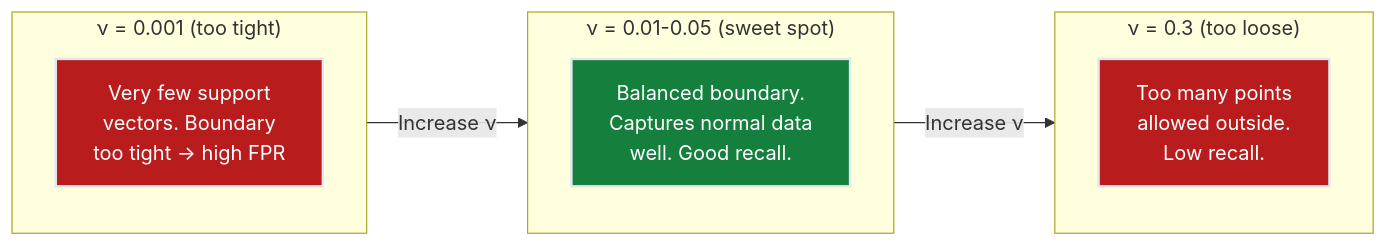
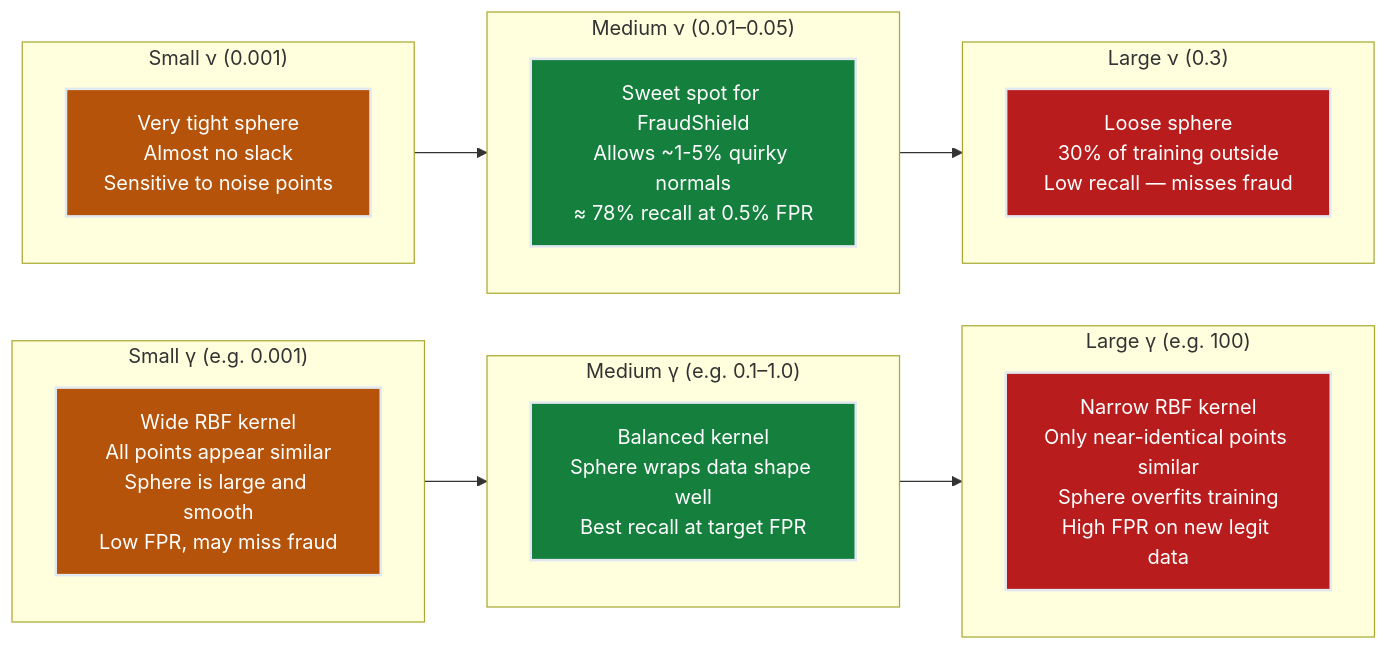
One commit to deepakshamsft/ai-portfolio changed the third of 4 diagrams in notes/01-ml/05_anomaly_detection/ch04_one_class_svm/README.md. Above: the diagram before and after it, drawn with Mermaid. The commit also changed other lines of this file and 727 other files, not shown here.

````diff
--- a/notes/01-ml/05_anomaly_detection/ch04_one_class_svm/README.md
+++ b/notes/01-ml/05_anomaly_detection/ch04_one_class_svm/README.md
@@ -223,19 +465,32 @@
 ```mermaid
 flowchart LR
-    subgraph NU_LOW["ν = 0.001 (too tight)"]
-        L1["Very few support\nvectors. Boundary\ntoo tight → high FPR"]
+    subgraph GS["Small γ (e.g. 0.001)"]
+        GS1["Wide RBF kernel\nAll points appear similar\nSphere is large and smooth\nLow FPR, may miss fraud"]
     end
-    subgraph NU_MED["ν = 0.01-0.05 (sweet spot)"]
-        M1["Balanced boundary.\nCaptures normal data\nwell. Good recall."]
+    subgraph GM["Medium γ (e.g. 0.1–1.0)"]
+        GM1["Balanced kernel\nSphere wraps data shape well\nBest recall at target FPR"]
     end
-    subgraph NU_HIGH["ν = 0.3 (too loose)"]
-        H1["Too many points\nallowed outside.\nLow recall."]
+    subgraph GL["Large γ (e.g. 100)"]
+        GL1["Narrow RBF kernel\nOnly near-identical points similar\nSphere overfits training\nHigh FPR on new legit data"]
     end
 
-    NU_LOW -->|"Increase ν"| NU_MED
-    NU_MED -->|"Increase ν"| NU_HIGH
+    subgraph NS["Small ν (0.001)"]
+        NS1["Very tight sphere\nAlmost no slack\nSensitive to noise points"]
+    end
+    subgraph NM["Medium ν (0.01–0.05)"]
+        NM1["Sweet spot for FraudShield\nAllows ~1-5% quirky normals\n≈ 78% recall at 0.5% FPR"]
+    end
+    subgraph NL["Large ν (0.3)"]
+        NL1["Loose sphere\n30% of training outside\nLow recall — misses fraud"]
+    end
 
-    style L1 fill:#b91c1c,stroke:#e2e8f0,stroke-width:2px,color:#ffffff
-    style M1 fill:#15803d,stroke:#e2e8f0,stroke-width:2px,color:#ffffff
-    style H1 fill:#b91c1c,stroke:#e2e8f0,stroke-width:2px,color:#ffffff
+    GS --> GM --> GL
+    NS --> NM --> NL
+
+    style GM1 fill:#15803d,stroke:#e2e8f0,stroke-width:2px,color:#ffffff
+    style NM1 fill:#15803d,stroke:#e2e8f0,stroke-width:2px,color:#ffffff
+    style GS1 fill:#b45309,stroke:#e2e8f0,stroke-width:2px,color:#ffffff
+    style GL1 fill:#b91c1c,stroke:#e2e8f0,stroke-width:2px,color:#ffffff
+    style NS1 fill:#b45309,stroke:#e2e8f0,stroke-width:2px,color:#ffffff
+    style NL1 fill:#b91c1c,stroke:#e2e8f0,stroke-width:2px,color:#ffffff
 ```
````
